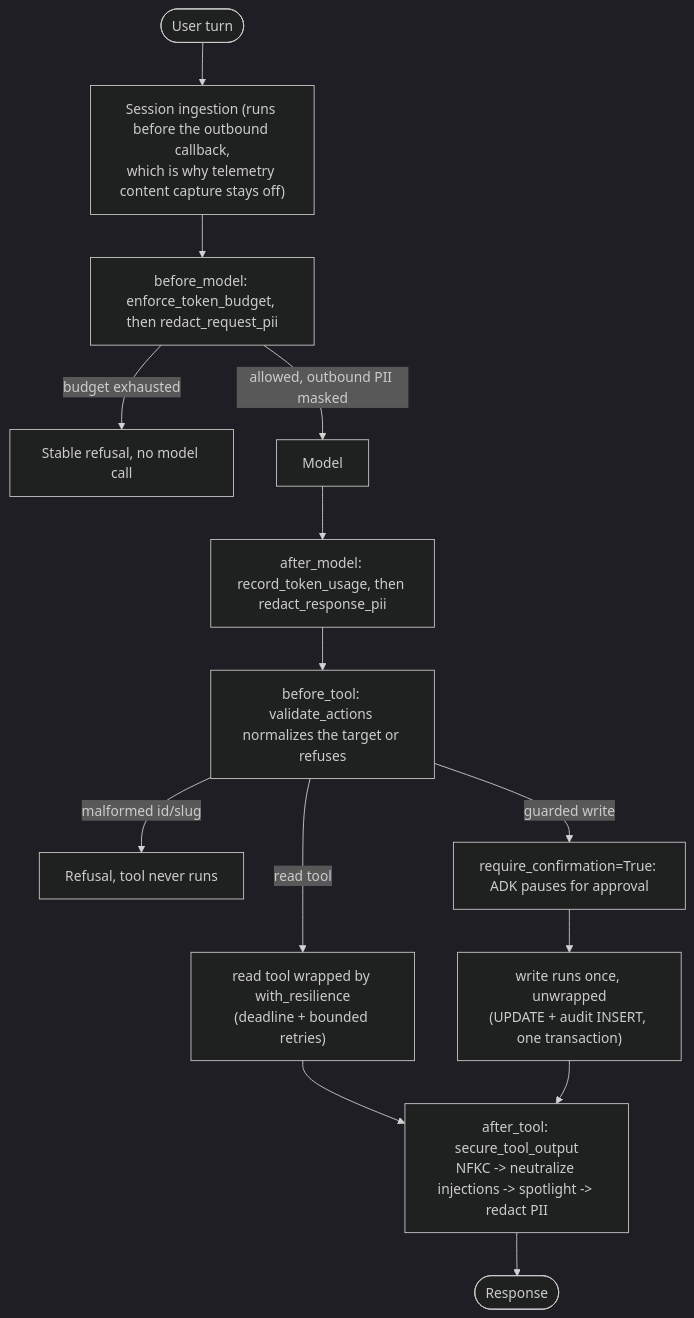
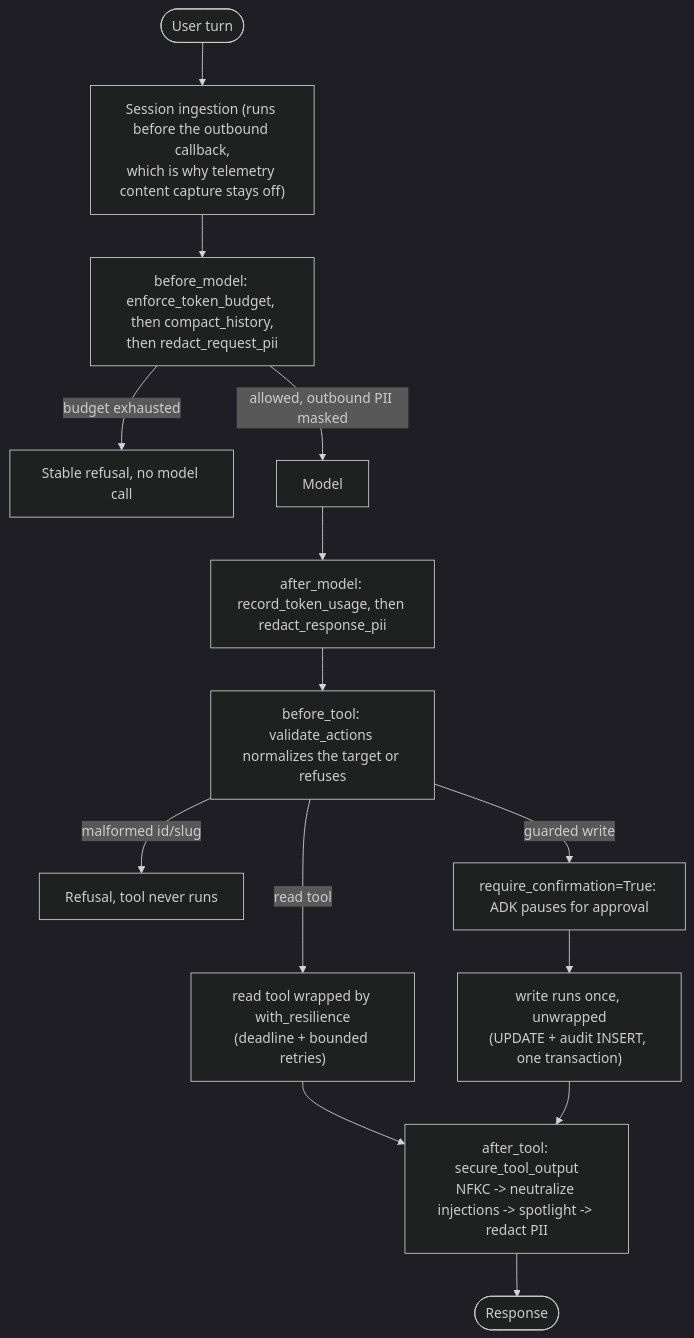
The first of 4 diagrams in docs/4. Quality/4.5. Guardrails.md (LuiGGi629/agentops-open-course), drawn with Mermaid (dark theme) before and after one commit. The commit also changed 21 other files, not shown here.

````diff
--- a/docs/4. Quality/4.5. Guardrails.md
+++ b/docs/4. Quality/4.5. Guardrails.md
@@ -13,16 +13,16 @@
 ```mermaid
 flowchart TD
     U([User turn]) --> S["Session ingestion (runs before the outbound callback,<br/>which is why telemetry content capture stays off)"]
-    S --> BM["before_model: enforce_token_budget, then redact_request_pii"]
+    S --> BM["before_model: enforce_token_budget, then compact_history,<br/>then redact_request_pii"]
     BM -->|budget exhausted| X1[Stable refusal, no model call]
     BM -->|allowed, outbound PII masked| M[Model]
     M --> AM["after_model: record_token_usage, then redact_response_pii"]
     AM --> BT["before_tool: validate_actions normalizes the target or refuses"]
     BT -->|malformed id/slug| X2[Refusal, tool never runs]
     BT -->|read tool| RT["read tool wrapped by with_resilience<br/>(deadline + bounded retries)"]
     BT -->|guarded write| CF["require_confirmation=True: ADK pauses for approval"]
     CF --> WR["write runs once, unwrapped<br/>(UPDATE + audit INSERT, one transaction)"]
     RT --> AT["after_tool: secure_tool_output<br/>NFKC -> neutralize injections -> spotlight -> redact PII"]
     WR --> AT
     AT --> R([Response])
 ```
````
